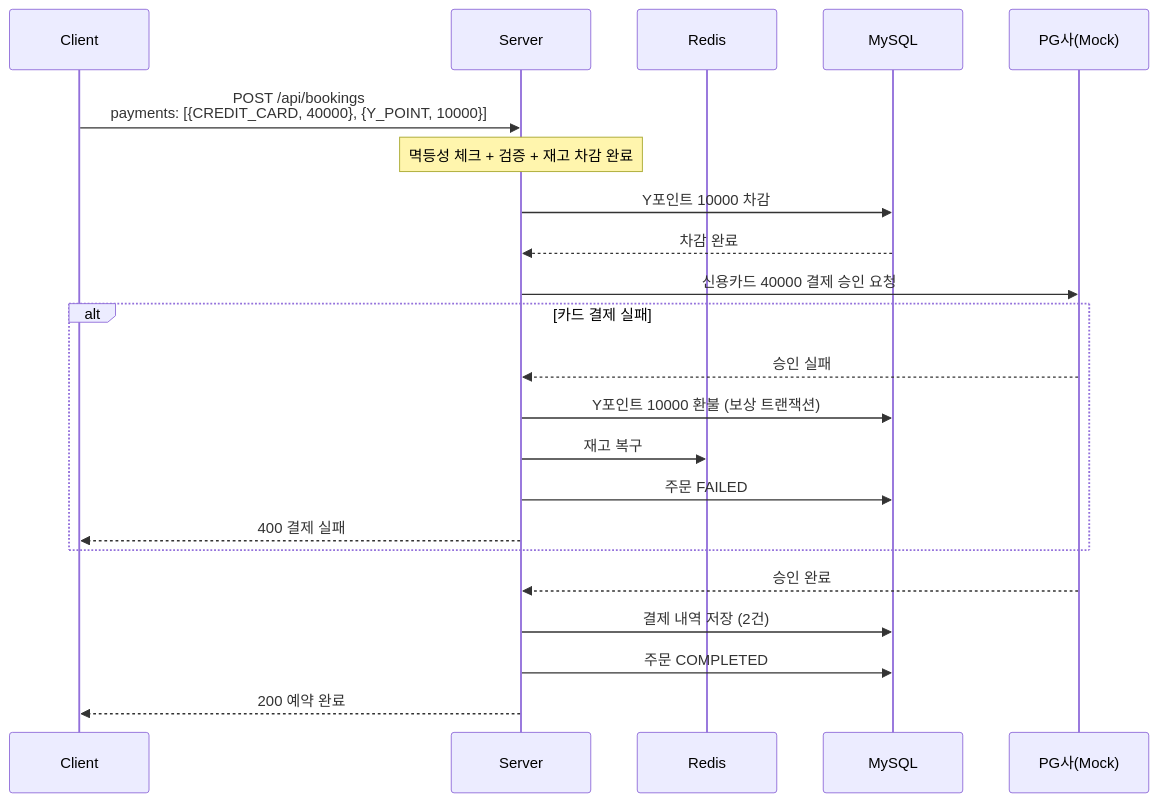
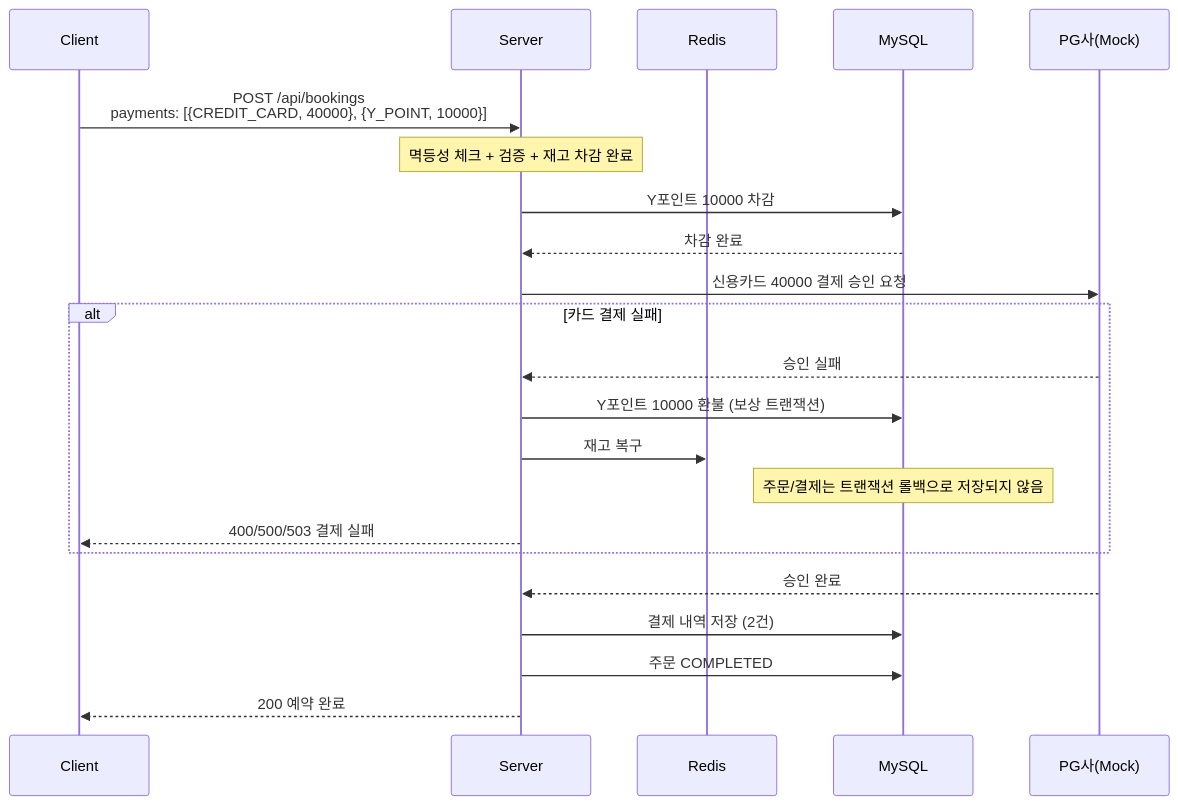
One commit to hyunmin0317/reservation-payment-platform changed the third of 5 diagrams in docs/sequence-diagrams.md. Above: the diagram before and after it, drawn with Mermaid. The commit also changed other lines of this file and 10 other files, not shown here.

````diff
--- a/docs/sequence-diagrams.md
+++ b/docs/sequence-diagrams.md
@@ -111,31 +112,31 @@
 ```mermaid
 sequenceDiagram
     participant C as Client
     participant S as Server
     participant R as Redis
     participant DB as MySQL
     participant PG as PG사(Mock)
 
     C->>S: POST /api/bookings<br/>payments: [{CREDIT_CARD, 40000}, {Y_POINT, 10000}]
 
     Note over S: 멱등성 체크 + 검증 + 재고 차감 완료
 
     %% 포인트 먼저 차감
     S->>DB: Y포인트 10000 차감
     DB-->>S: 차감 완료
 
     %% 카드 결제
     S->>PG: 신용카드 40000 결제 승인 요청
     alt 카드 결제 실패
         PG-->>S: 승인 실패
         S->>DB: Y포인트 10000 환불 (보상 트랜잭션)
         S->>R: 재고 복구
-        S->>DB: 주문 FAILED
-        S-->>C: 400 결제 실패
+        Note over DB: 주문/결제는 트랜잭션 롤백으로 저장되지 않음
+        S-->>C: 400/500/503 결제 실패
     end
     PG-->>S: 승인 완료
 
     S->>DB: 결제 내역 저장 (2건)
     S->>DB: 주문 COMPLETED
     S-->>C: 200 예약 완료
 ```
````
